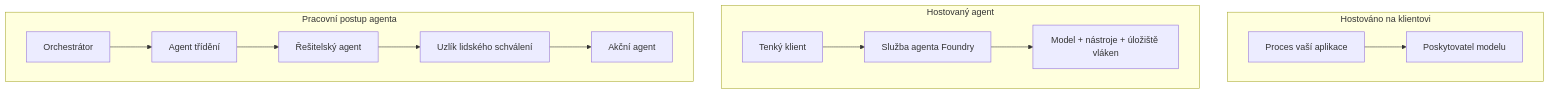
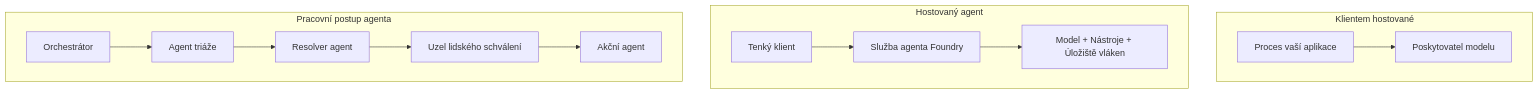
One commit to gabrielmoreira/agent-skills-mirror changed the first of 4 diagrams in mirrors/repos/microsoft@ai-agents-for-beginners/translations/cs/16-deploying-scalable-agents/README.md. Above: the diagram before and after it, drawn with Mermaid. The commit also changed other lines of this file and 4262 other files, not shown here.

````diff
--- a/mirrors/repos/microsoft@ai-agents-for-beginners/translations/cs/16-deploying-scalable-agents/README.md
+++ b/mirrors/repos/microsoft@ai-agents-for-beginners/translations/cs/16-deploying-scalable-agents/README.md
@@ -87,16 +87,16 @@
 ```mermaid
 flowchart TB
-    subgraph P1[Hostováno na klientovi]
+    subgraph P1[Klientem hostované]
         A1[Proces vaší aplikace] --> M1[Poskytovatel modelu]
     end
     subgraph P2[Hostovaný agent]
         A2[Tenký klient] --> F2[Služba agenta Foundry]
-        F2 --> M2[Model + nástroje + úložiště vláken]
+        F2 --> M2[Model + Nástroje + Úložiště vláken]
     end
     subgraph P3[Pracovní postup agenta]
-        A3[Orchestrátor] --> S1[Agent třídění]
-        S1 --> S2[Řešitelský agent]
-        S2 --> H[Uzlík lidského schválení]
+        A3[Orchestrátor] --> S1[Agent triáže]
+        S1 --> S2[Resolver agent]
+        S2 --> H[Uzel lidského schválení]
         H --> S3[Akční agent]
     end
 ```
````
